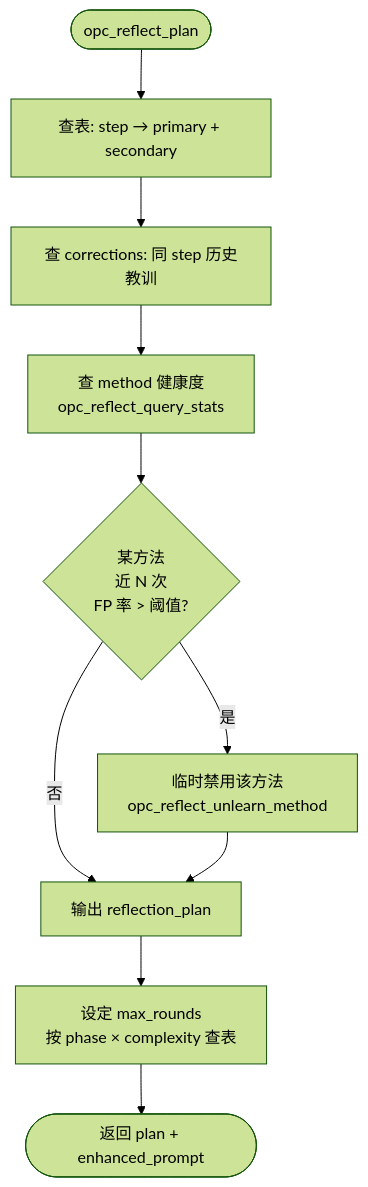
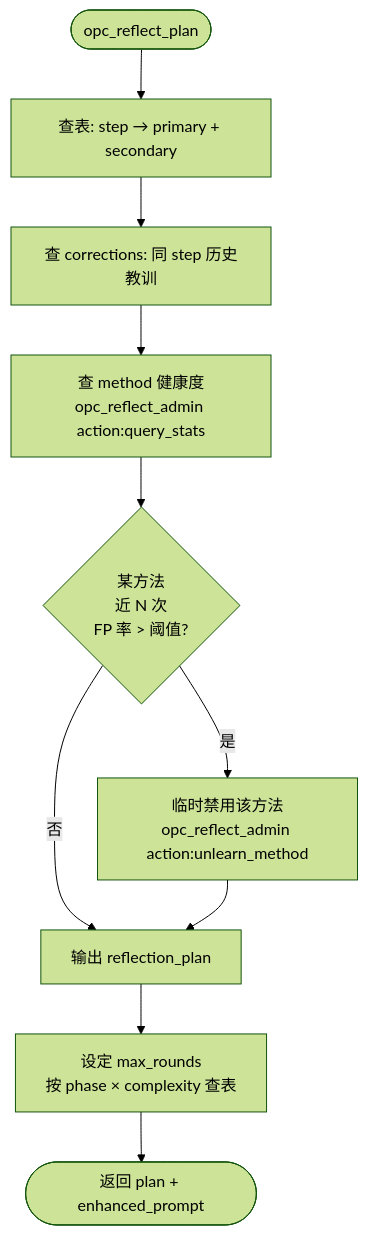
One commit to CaffeineOddity/opc-marketplace changed the diagram in doc/feature/05-opc-reflection-server/01-method-theory/00_overview.md. Above: the diagram before and after it, drawn with Mermaid (forest theme). The commit also changed other lines of this file and 16 other files, not shown here.

````diff
--- a/doc/feature/05-opc-reflection-server/01-method-theory/00_overview.md
+++ b/doc/feature/05-opc-reflection-server/01-method-theory/00_overview.md
@@ -89,14 +89,14 @@
 ```mermaid
 flowchart TD
     Start([opc_reflect_plan]) --> Lookup[查表: step → primary + secondary]
     Lookup --> Hist[查 corrections: 同 step 历史教训]
-    Hist --> Health[查 method 健康度<br/>opc_reflect_query_stats]
+    Hist --> Health[查 method 健康度<br/>opc_reflect_admin action:query_stats]
 
     Health --> Bad{某方法<br/>近 N 次<br/>FP 率 > 阈值?}
-    Bad -->|是| Unlearn[临时禁用该方法<br/>opc_reflect_unlearn_method]
+    Bad -->|是| Unlearn[临时禁用该方法<br/>opc_reflect_admin action:unlearn_method]
     Bad -->|否| Plan[输出 reflection_plan]
 
     Unlearn --> Plan
     Plan --> Budget[设定 max_rounds<br/>按 phase × complexity 查表]
     Budget --> Return([返回 plan + enhanced_prompt])
 ```
````
